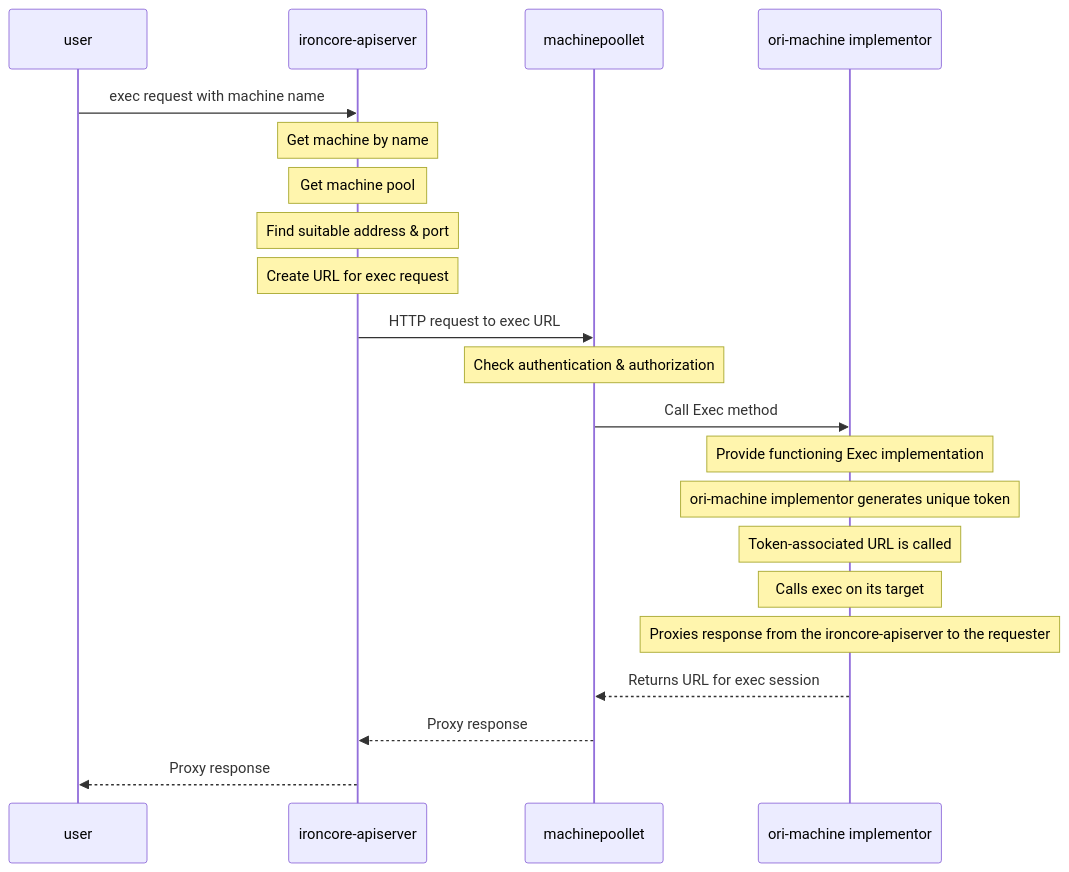
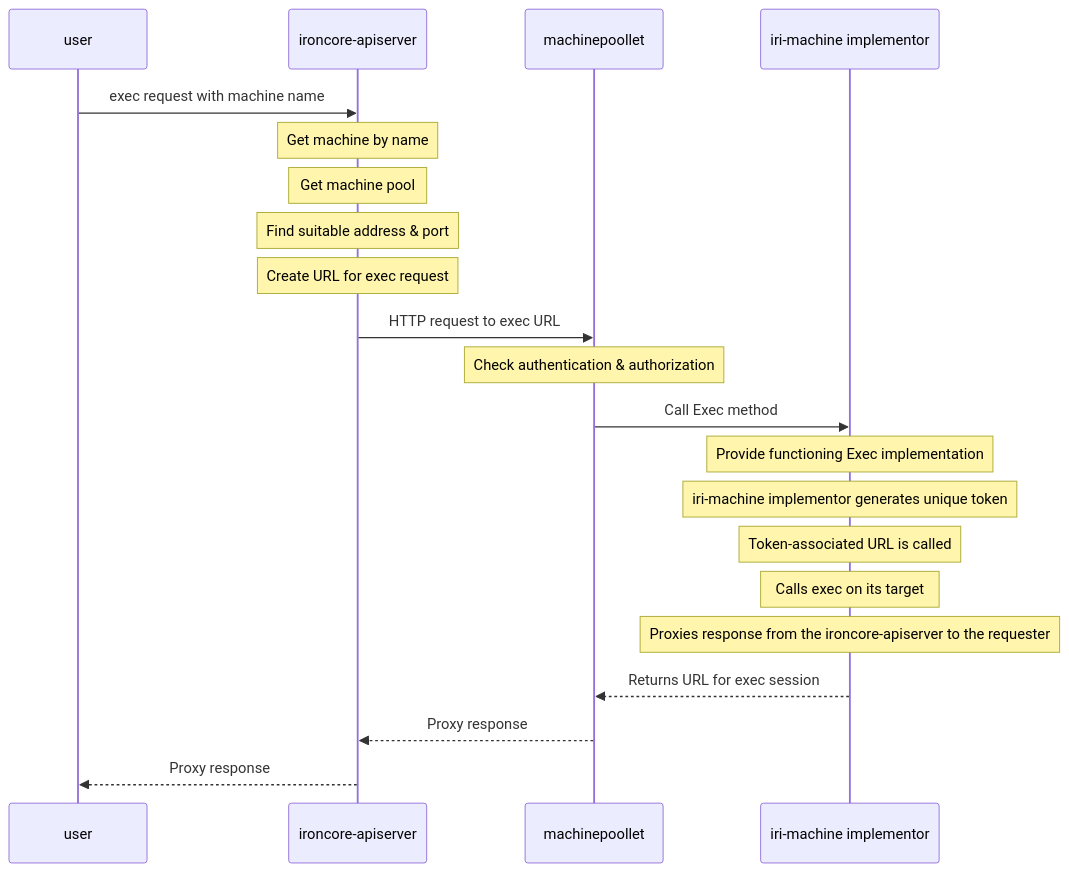
One commit to ironcore-dev/ironcore changed the diagram in docs/concepts/machine-exec-flow.md. Above: the diagram before and after it, drawn with Mermaid. The commit also changed other lines of this file and 256 other files, not shown here.

Commit message:
Rename ori -> iri

````diff
--- a/docs/concepts/machine-exec-flow.md
+++ b/docs/concepts/machine-exec-flow.md
@@ -13,24 +13,24 @@
 ```mermaid
 sequenceDiagram
     participant User as user
     participant OA as ironcore-apiserver
     participant MP as machinepoollet
-    participant OM as ori-machine implementor
+    participant OM as iri-machine implementor
 
     User->>OA: exec request with machine name
     Note over OA: Get machine by name
     Note over OA: Get machine pool
     Note over OA: Find suitable address & port
     Note over OA: Create URL for exec request
     OA->>MP: HTTP request to exec URL
     Note over MP: Check authentication & authorization
     MP->>OM: Call Exec method
     Note over OM: Provide functioning Exec implementation
-    Note over OM: ori-machine implementor generates unique token
+    Note over OM: iri-machine implementor generates unique token
     Note over OM: Token-associated URL is called
     Note over OM: Calls exec on its target
     Note over OM: Proxies response from the ironcore-apiserver to the requester
     OM-->>MP: Returns URL for exec session
     MP-->>OA: Proxy response
     OA-->>User: Proxy response
 ```
````
